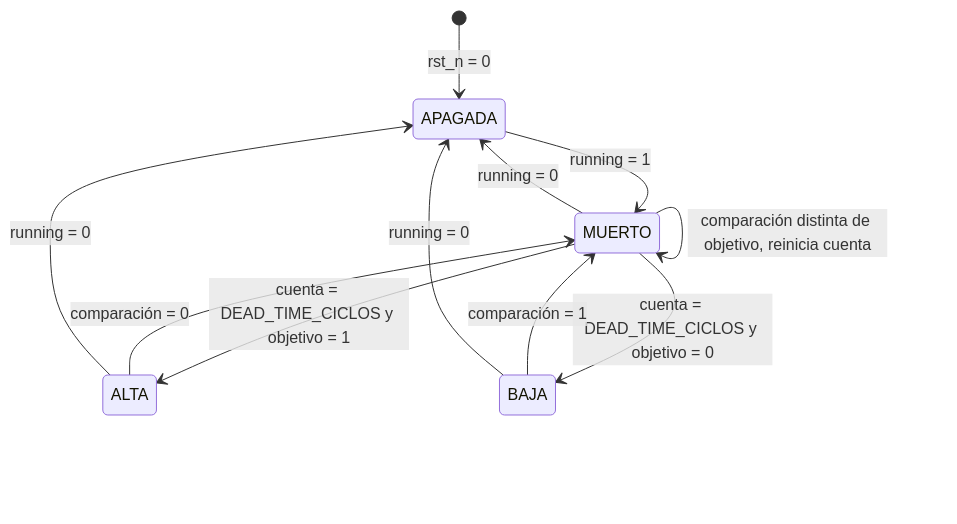
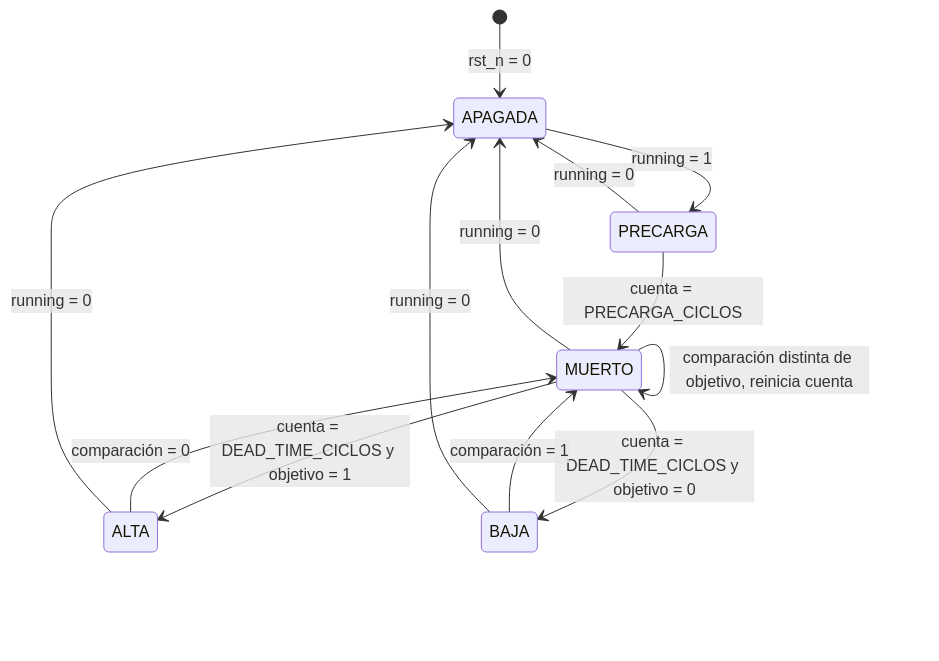
One commit to Taller-de-diseno-digital-GR01/Proyecto-4-Regulador-PR changed the second of 6 diagrams in docs/diseño/modulos/nucleo_pwm.md. Above: the diagram before and after it, drawn with Mermaid. The commit also changed other lines of this file, not shown here.

Commit message:
nucleo_pwm con el estado de precarga del bootstrap y la temporización corregida un ciclo

````diff
--- a/docs/diseño/modulos/nucleo_pwm.md
+++ b/docs/diseño/modulos/nucleo_pwm.md
@@ -107,13 +110,15 @@
 ```mermaid
 stateDiagram-v2
     [*] --> APAGADA : rst_n = 0
-    APAGADA --> MUERTO : running = 1
+    APAGADA --> PRECARGA : running = 1
+    PRECARGA --> MUERTO : cuenta = PRECARGA_CICLOS
     MUERTO --> ALTA : cuenta = DEAD_TIME_CICLOS y objetivo = 1
     MUERTO --> BAJA : cuenta = DEAD_TIME_CICLOS y objetivo = 0
     MUERTO --> MUERTO : comparación distinta de objetivo, reinicia cuenta
     ALTA --> MUERTO : comparación = 0
     BAJA --> MUERTO : comparación = 1
+    PRECARGA --> APAGADA : running = 0
     MUERTO --> APAGADA : running = 0
     ALTA --> APAGADA : running = 0
     BAJA --> APAGADA : running = 0
 ```
````
